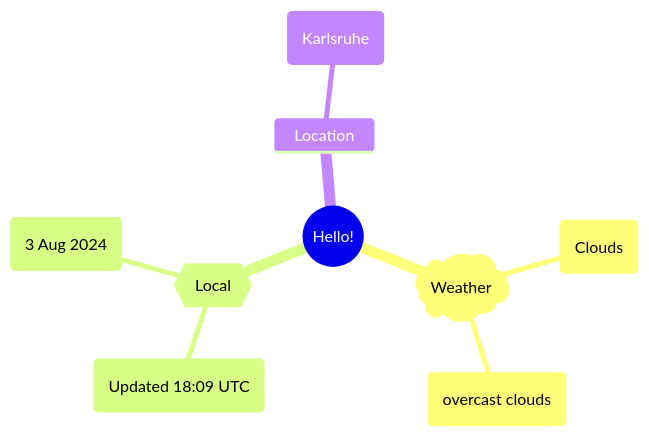
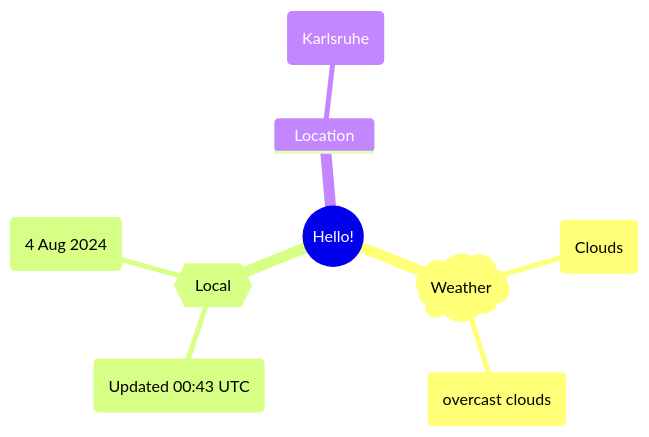
The first of 2 diagrams in README.md (Xosrov/Xosrov), drawn with Mermaid before and after one commit.

Commit message:
[bot] updated images

````diff
--- a/README.md
+++ b/README.md
@@ -3,12 +3,12 @@
 ```mermaid
 mindmap
   root((Hello!))
     )Weather(
         (Clouds)
         (overcast clouds)
     {{Local}}
-        (Updated 18:09 UTC)
-        (3 Aug 2024)
+        (Updated 00:43 UTC)
+        (4 Aug 2024)
     Location
         (Karlsruhe)
 ```
````
